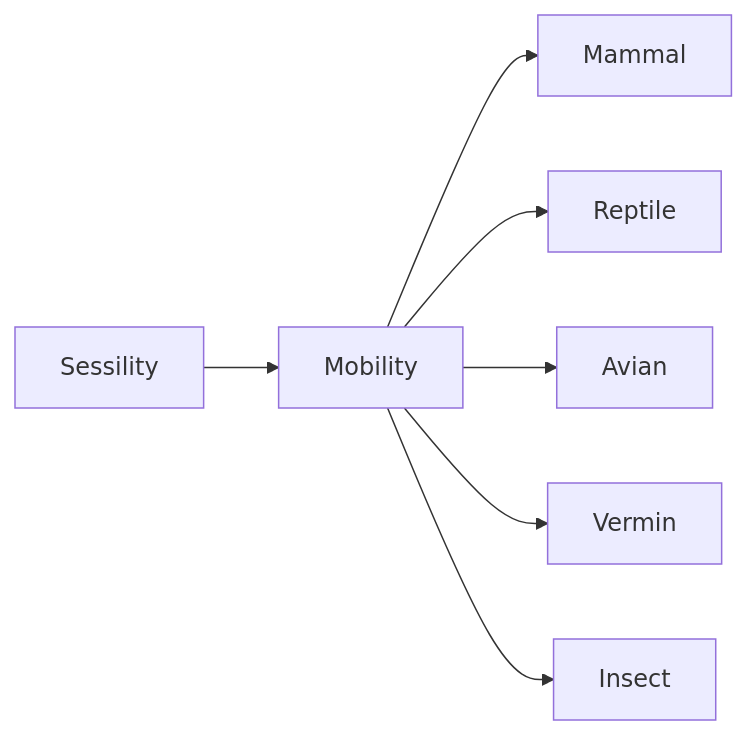
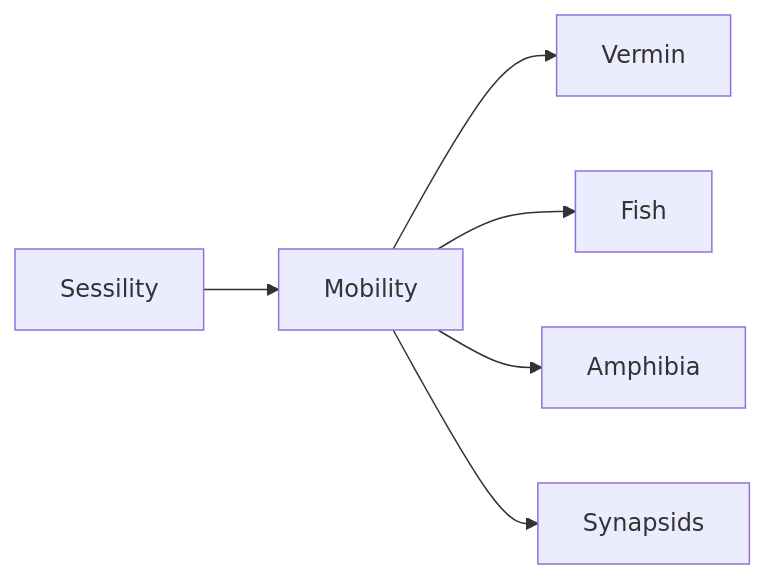
The third of 3 diagrams in content/Encyclopedia Mysenvaria/Culture/Sciences & Technologies/Scientific Theories & Laws/Evolutionary Classification.md (RagtimeGal/quartz--encyclopedia-mysenvaria), drawn with Mermaid before and after one commit. The commit also changed other lines of this file and 775 other files, not shown here.

````diff
--- a/content/Encyclopedia Mysenvaria/Culture/Sciences & Technologies/Scientific Theories & Laws/Evolutionary Classification.md
+++ b/content/Encyclopedia Mysenvaria/Culture/Sciences & Technologies/Scientific Theories & Laws/Evolutionary Classification.md
@@ -51,10 +50,9 @@
 ```mermaid
 graph LR
 Taxa[Sessility]
 Taxa-->Taxa2[Mobility]
-Taxa2-->Taxa21[Mammal]
-Taxa2-->Taxa22[Reptile]
-Taxa2-->Taxa23[Avian]
-Taxa2-->Taxa24[Vermin]
-Taxa2-->Taxa25[Insect]
+Taxa2-->Taxa21[Vermin]
+Taxa2-->Taxa22[Fish]
+Taxa2-->Taxa23[Amphibia]
+Taxa2-->Taxa24[Synapsids]
 ```
````
